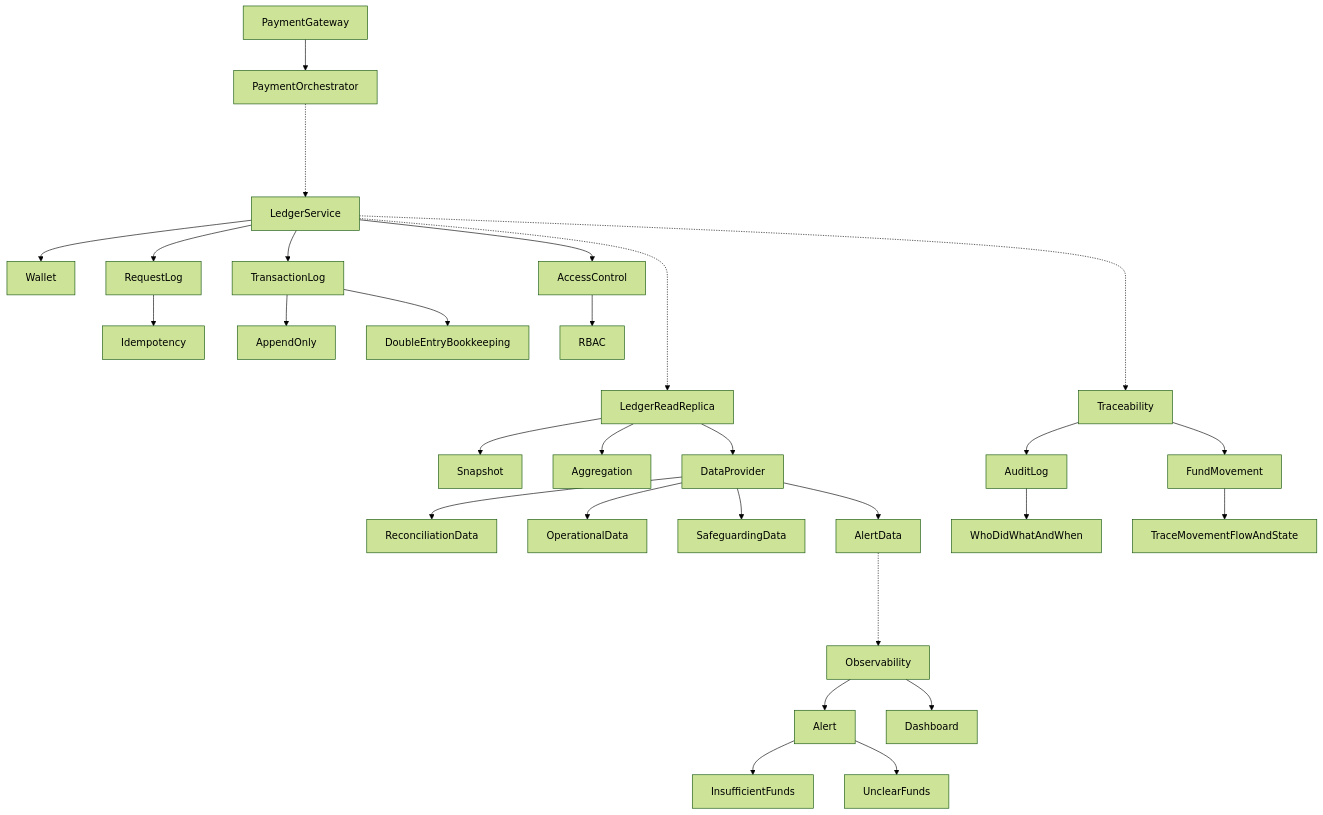
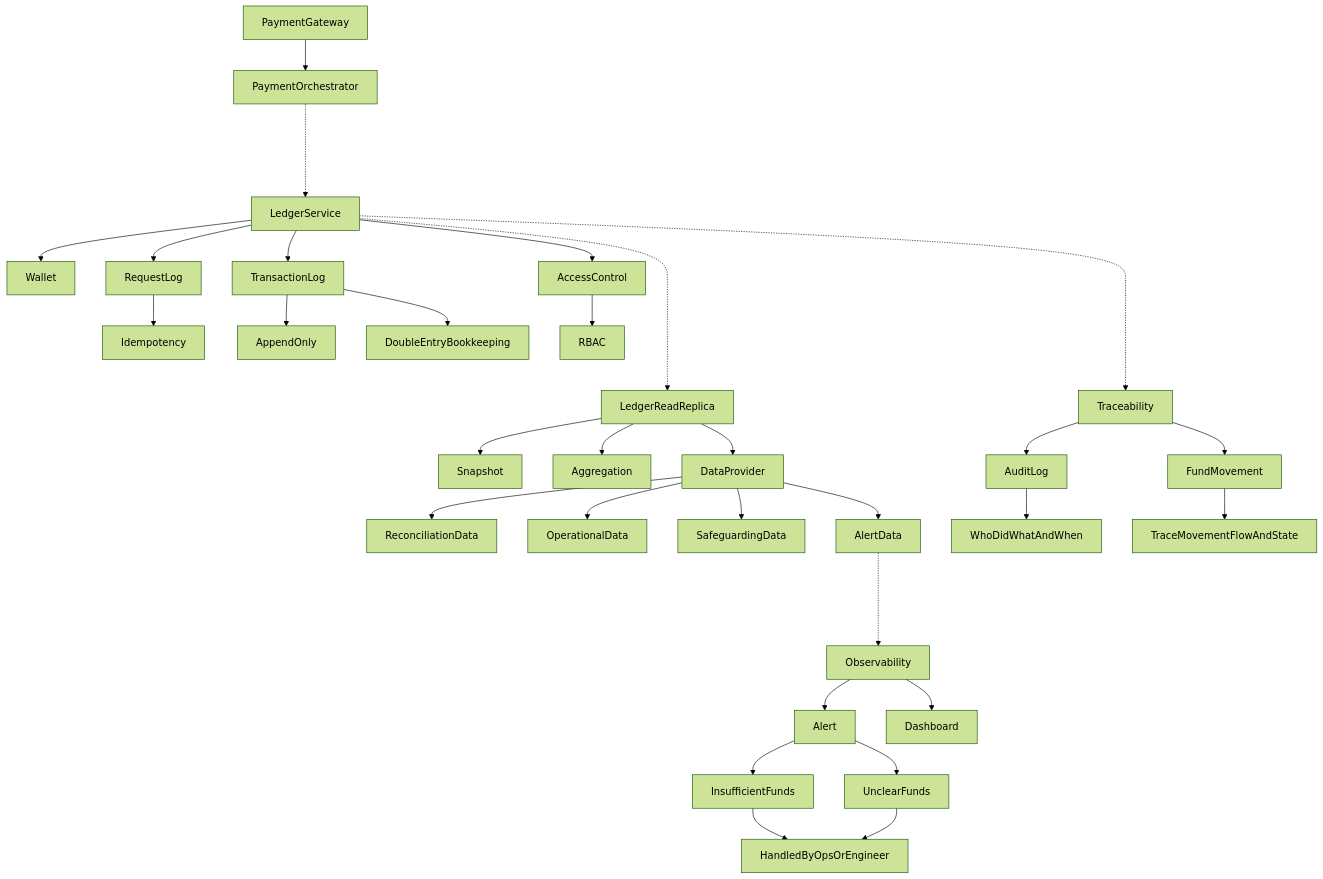
One commit to raychongtk/wallet changed the sixth of 6 diagrams in README.md. Above: the diagram before and after it, drawn with Mermaid (forest theme).

Commit message:
update read me

````diff
--- a/README.md
+++ b/README.md
@@ -301,31 +301,33 @@
 ```mermaid
 flowchart TD
     PaymentGateway --> PaymentOrchestrator
     PaymentOrchestrator -...-> LedgerService
     LedgerService -...-> LedgerReadReplica
     LedgerService --> Wallet
     LedgerService --> RequestLog
     RequestLog --> Idempotency
     LedgerService --> TransactionLog
     TransactionLog --> AppendOnly
     TransactionLog --> DoubleEntryBookkeeping
     AccessControl --> RBAC
     LedgerService --> AccessControl
     LedgerReadReplica --> Snapshot
     LedgerReadReplica --> Aggregation
     LedgerReadReplica --> DataProvider
     DataProvider --> ReconciliationData
     DataProvider --> OperationalData
     DataProvider --> SafeguardingData
     DataProvider --> AlertData
     AlertData -...-> Observability
     Observability --> Alert
     Observability --> Dashboard
     Alert --> InsufficientFunds
     Alert --> UnclearFunds
+    InsufficientFunds --> HandledByOpsOrEngineer
+    UnclearFunds --> HandledByOpsOrEngineer
     LedgerService -...-> Traceability
     Traceability --> AuditLog
     Traceability --> FundMovement
     AuditLog --> WhoDidWhatAndWhen
     FundMovement --> TraceMovementFlowAndState
 ```
````
